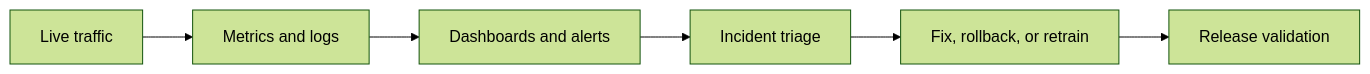
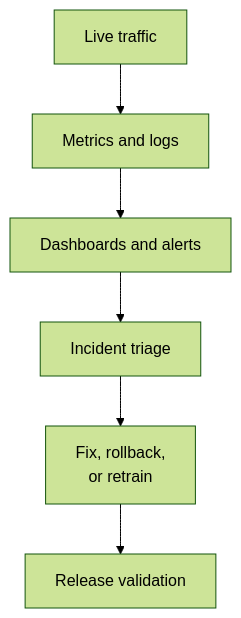
The diagram in docs/16-monitoring-and-operations.md (Nivratti/ekyc-face-liveness-playbook), drawn with Mermaid (forest theme) before and after one commit. The commit also changed 31 other files, not shown here.

Commit message:
docs: improve mermaid diagram readability by converting wide flows to vertical layouts

````diff
--- a/docs/16-monitoring-and-operations.md
+++ b/docs/16-monitoring-and-operations.md
@@ -38,8 +38,8 @@
 ```mermaid
-flowchart LR
+flowchart TB
     A[Live traffic] --> B[Metrics and logs]
     B --> C[Dashboards and alerts]
     C --> D[Incident triage]
-    D --> E[Fix, rollback, or retrain]
+    D --> E[Fix, rollback,<br/>or retrain]
     E --> F[Release validation]
 ```
````
